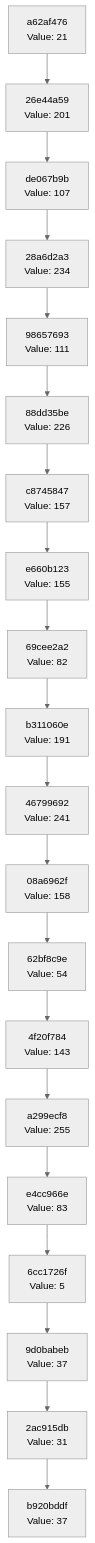
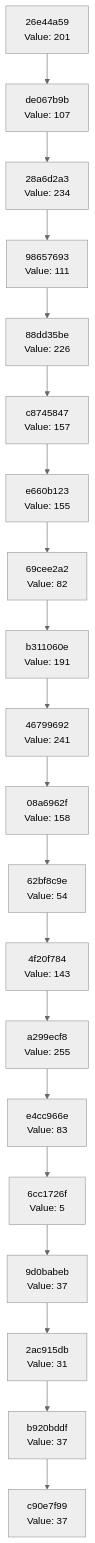
Before and after one commit to Abhisheksinha1506/hash-chain-evolver: the diagram in docs/CHAIN_VISUALIZATION.md, drawn with Mermaid (neutral theme). The commit also changed 1 other file, not shown here.

Commit message:
Evolution Step

````diff
--- a/docs/CHAIN_VISUALIZATION.md
+++ b/docs/CHAIN_VISUALIZATION.md
@@ -3,42 +3,42 @@
 ```mermaid
 graph TD
-    C0["b920bddf<br/>Value: 37"]
-    C1["2ac915db<br/>Value: 31"]
+    C0["c90e7f99<br/>Value: 37"]
+    C1["b920bddf<br/>Value: 37"]
     C1 --> C0
-    C2["9d0babeb<br/>Value: 37"]
+    C2["2ac915db<br/>Value: 31"]
     C2 --> C1
-    C3["6cc1726f<br/>Value: 5"]
+    C3["9d0babeb<br/>Value: 37"]
     C3 --> C2
-    C4["e4cc966e<br/>Value: 83"]
+    C4["6cc1726f<br/>Value: 5"]
     C4 --> C3
-    C5["a299ecf8<br/>Value: 255"]
+    C5["e4cc966e<br/>Value: 83"]
     C5 --> C4
-    C6["4f20f784<br/>Value: 143"]
+    C6["a299ecf8<br/>Value: 255"]
     C6 --> C5
-    C7["62bf8c9e<br/>Value: 54"]
+    C7["4f20f784<br/>Value: 143"]
     C7 --> C6
-    C8["08a6962f<br/>Value: 158"]
+    C8["62bf8c9e<br/>Value: 54"]
     C8 --> C7
-    C9["46799692<br/>Value: 241"]
+    C9["08a6962f<br/>Value: 158"]
     C9 --> C8
-    C10["b311060e<br/>Value: 191"]
+    C10["46799692<br/>Value: 241"]
     C10 --> C9
-    C11["69cee2a2<br/>Value: 82"]
+    C11["b311060e<br/>Value: 191"]
     C11 --> C10
-    C12["e660b123<br/>Value: 155"]
+    C12["69cee2a2<br/>Value: 82"]
     C12 --> C11
-    C13["c8745847<br/>Value: 157"]
+    C13["e660b123<br/>Value: 155"]
     C13 --> C12
-    C14["88dd35be<br/>Value: 226"]
+    C14["c8745847<br/>Value: 157"]
     C14 --> C13
-    C15["98657693<br/>Value: 111"]
+    C15["88dd35be<br/>Value: 226"]
     C15 --> C14
-    C16["28a6d2a3<br/>Value: 234"]
+    C16["98657693<br/>Value: 111"]
     C16 --> C15
-    C17["de067b9b<br/>Value: 107"]
+    C17["28a6d2a3<br/>Value: 234"]
     C17 --> C16
-    C18["26e44a59<br/>Value: 201"]
+    C18["de067b9b<br/>Value: 107"]
     C18 --> C17
-    C19["a62af476<br/>Value: 21"]
+    C19["26e44a59<br/>Value: 201"]
     C19 --> C18
 ```
````
